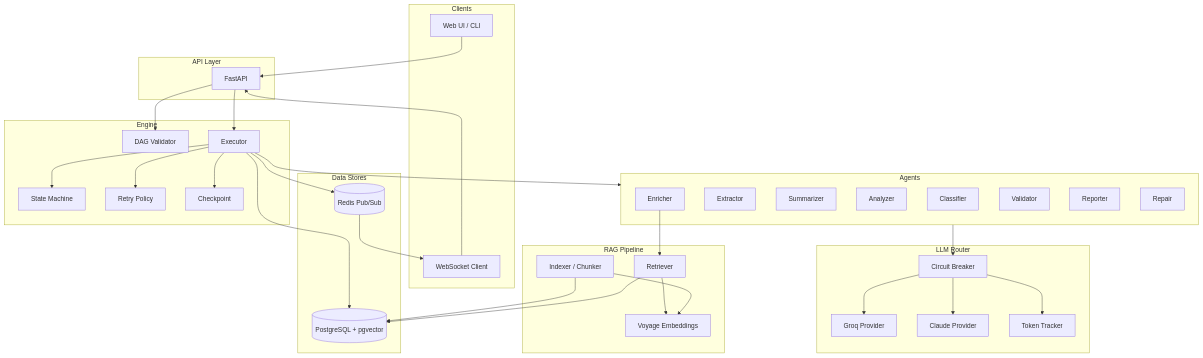
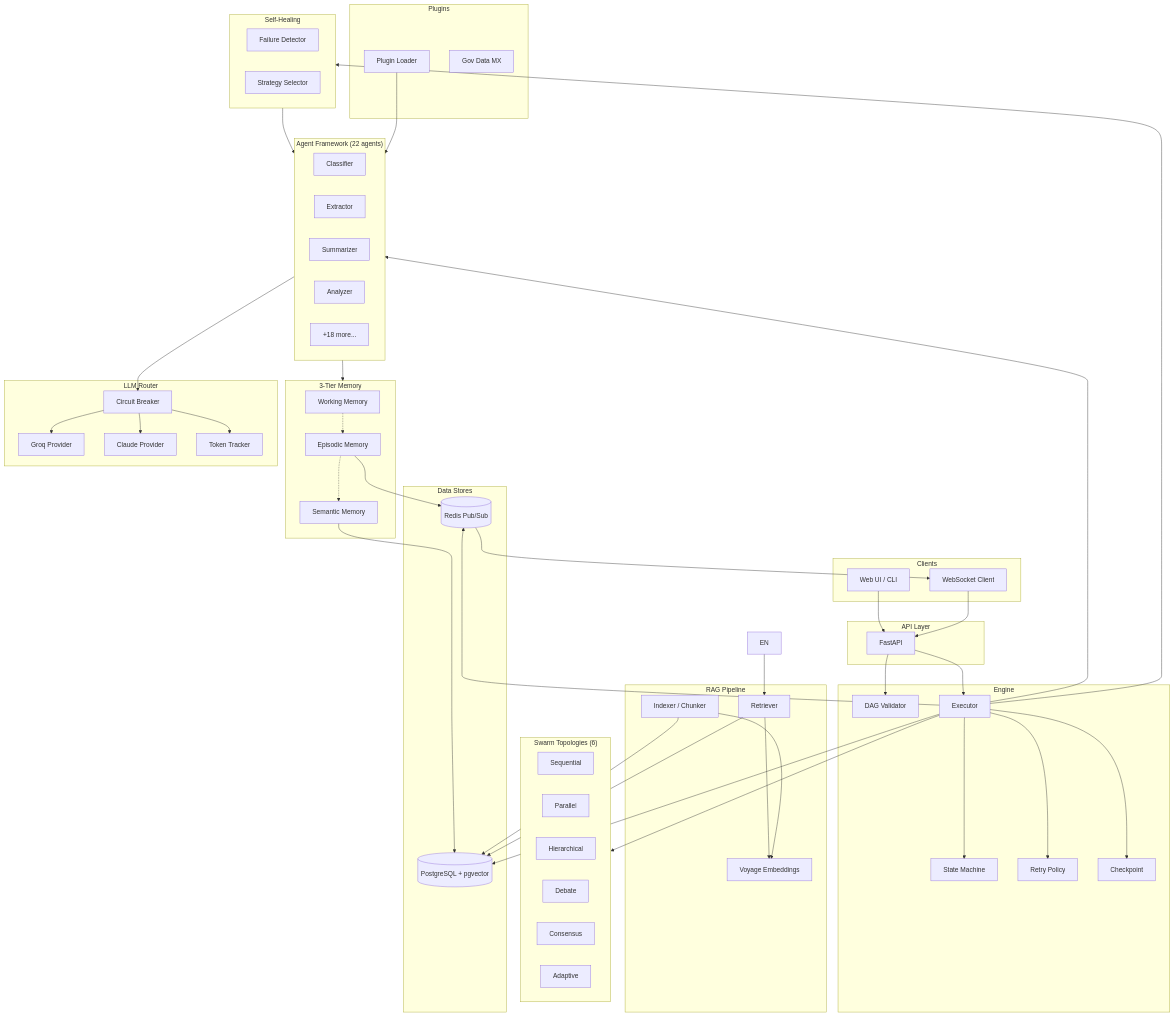
The first of 3 diagrams in README.md (christianescamilla15-cell/nexusforge-ai), drawn with Mermaid before and after one commit. The commit also changed other lines of this file and 94 other files, not shown here.

````diff
--- a/README.md
+++ b/README.md
@@ -30,15 +33,32 @@
         CP[Checkpoint]
     end
 
-    subgraph Agents
+    subgraph Agents["Agent Framework (22 agents)"]
         CL[Classifier]
         EXT[Extractor]
         SUM[Summarizer]
         AN[Analyzer]
-        EN[Enricher]
-        VAL[Validator]
-        REP[Reporter]
-        FIX[Repair]
+        MORE["+18 more..."]
+    end
+
+    subgraph Swarms["Swarm Topologies (6)"]
+        SEQ[Sequential]
+        PAR[Parallel]
+        HIER[Hierarchical]
+        DEB[Debate]
+        CON[Consensus]
+        ADA[Adaptive]
+    end
+
+    subgraph Memory["3-Tier Memory"]
+        WM[Working Memory]
+        EM[Episodic Memory]
+        SEM[Semantic Memory]
+    end
+
+    subgraph Healing["Self-Healing"]
+        FD[Failure Detector]
+        STR[Strategy Selector]
     end
 
     subgraph LLM Router
@@ -59,6 +79,11 @@
         RD[(Redis Pub/Sub)]
     end
 
+    subgraph Plugins
+        PLG[Plugin Loader]
+        GOV[Gov Data MX]
+    end
+
     UI --> FW
     WS --> FW
     FW --> DAG
@@ -67,10 +92,17 @@
     EX --> RP
     EX --> CP
     EX --> Agents
+    EX --> Swarms
     Agents --> CB
+    Agents --> Memory
     CB --> GR
     CB --> CLA
     CB --> TT
+    EX --> Healing
+    Healing --> Agents
+    WM -.-> EM -.-> SEM
+    EM --> RD
+    SEM --> PG
     EN --> RET
     RET --> EMB
     IDX --> EMB
@@ -79,4 +111,5 @@
     EX --> PG
     EX --> RD
     RD --> WS
+    PLG --> Agents
 ```
````
